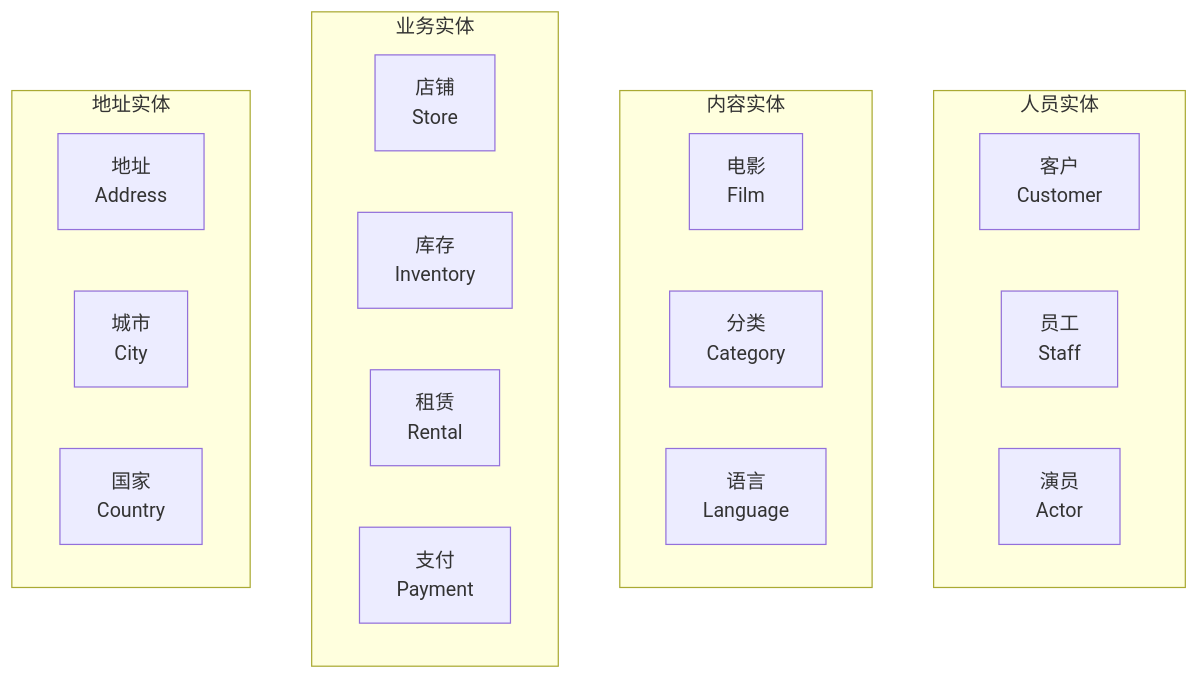
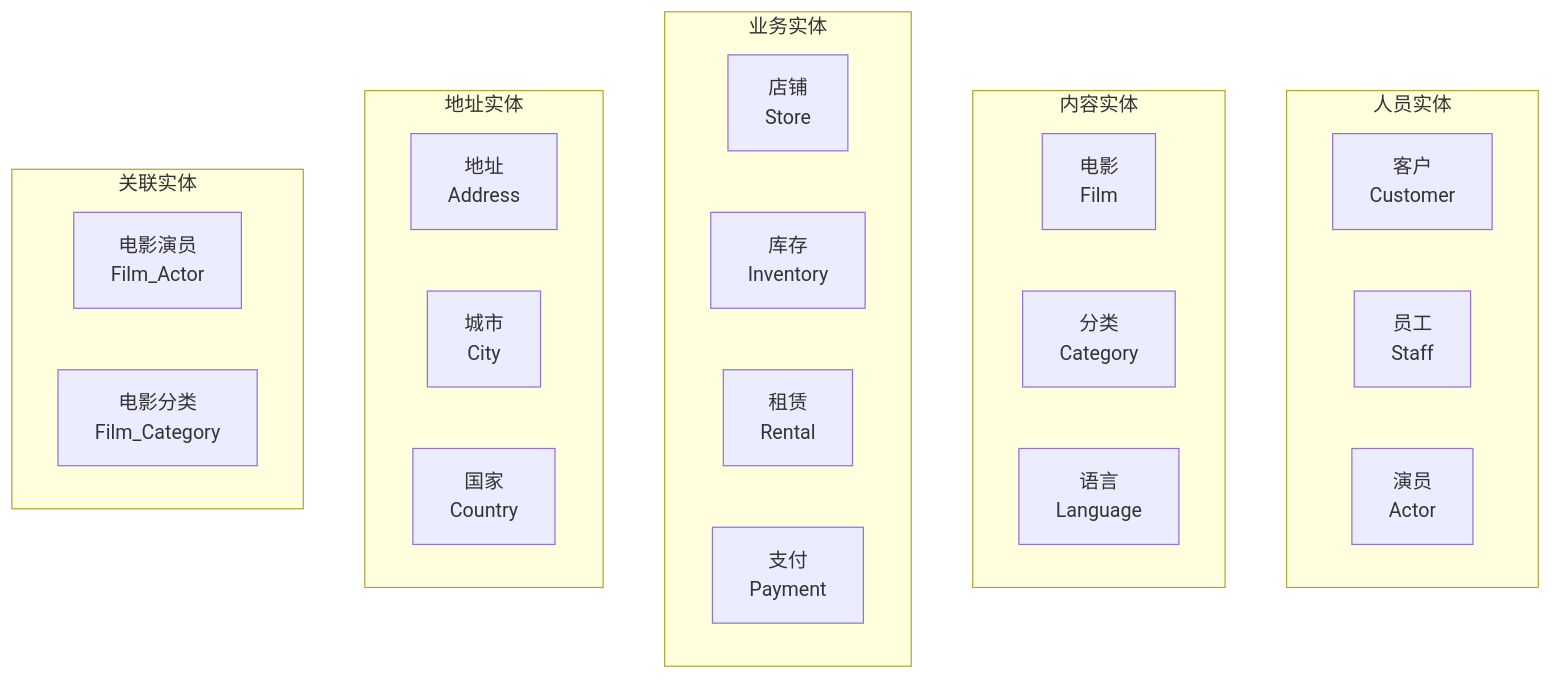
One commit to mercuryhome/dvdrental-guide changed the fourth of 5 diagrams in DVD租赁数据库设计过程.md. Above: the diagram before and after it, drawn with Mermaid. The commit also changed other lines of this file and 1 other file, not shown here.

````diff
--- a/DVD租赁数据库设计过程.md
+++ b/DVD租赁数据库设计过程.md
@@ -144,27 +129,32 @@
 ```mermaid
 graph TB
     subgraph "人员实体"
         E1[客户<br/>Customer]
         E2[员工<br/>Staff]
         E3[演员<br/>Actor]
     end
     
     subgraph "内容实体"
         E4[电影<br/>Film]
         E5[分类<br/>Category]
         E6[语言<br/>Language]
     end
     
     subgraph "业务实体"
         E7[店铺<br/>Store]
         E8[库存<br/>Inventory]
         E9[租赁<br/>Rental]
         E10[支付<br/>Payment]
     end
     
     subgraph "地址实体"
         E11[地址<br/>Address]
         E12[城市<br/>City]
         E13[国家<br/>Country]
     end
+    
+    subgraph "关联实体"
+        E14[电影演员<br/>Film_Actor]
+        E15[电影分类<br/>Film_Category]
+    end
 ```
````
